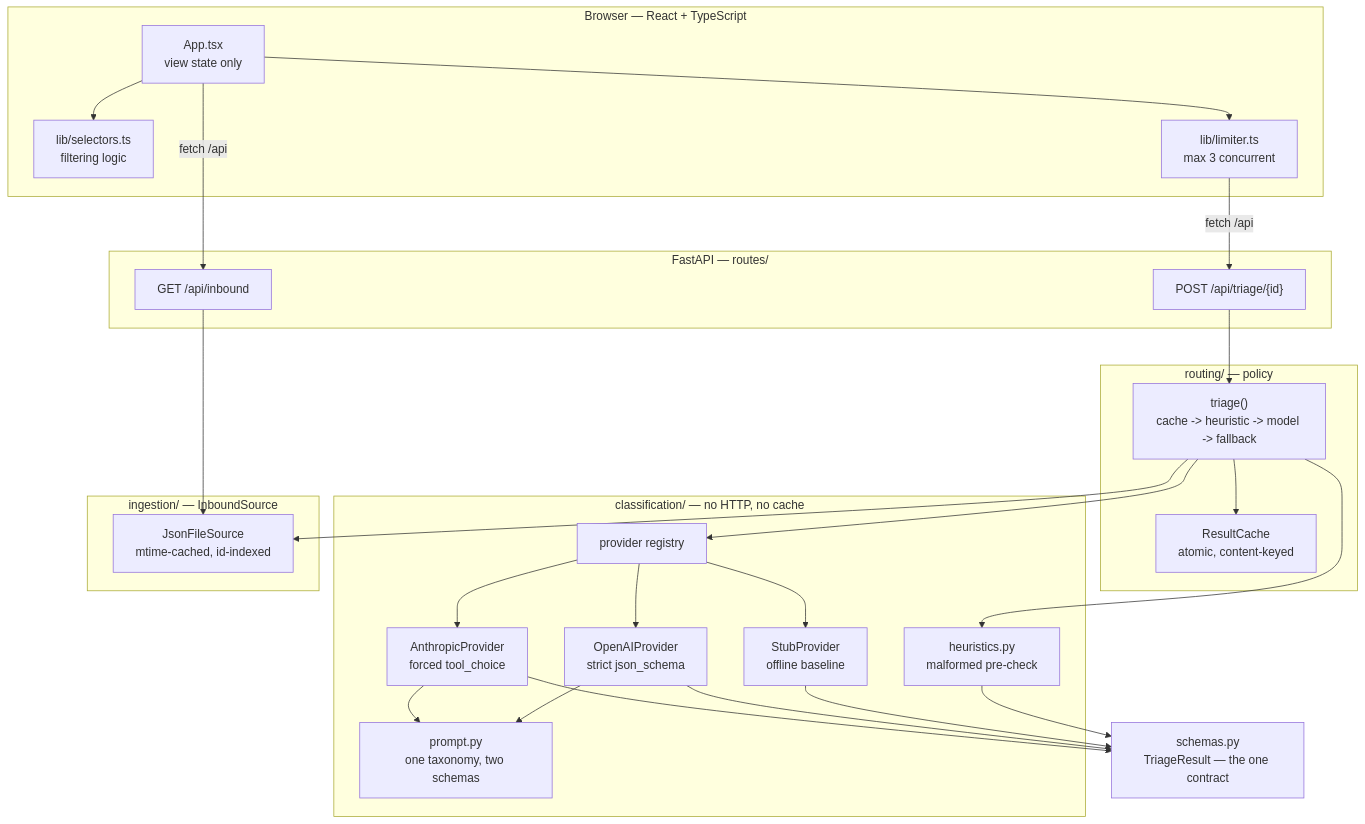
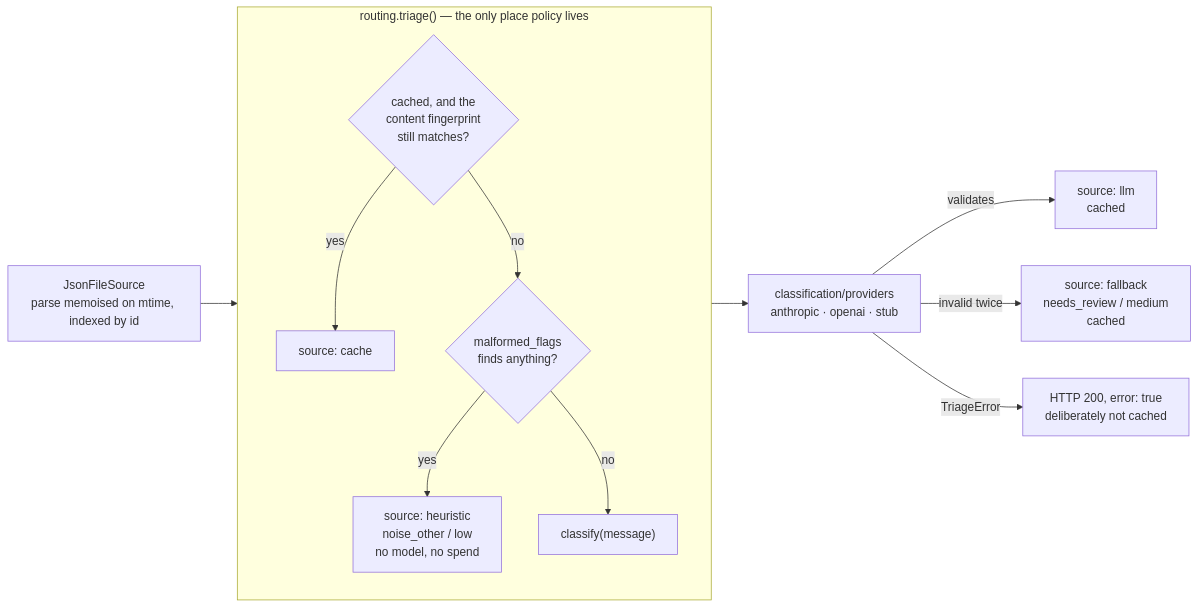
Before and after one commit to TCMS31/inbound-triage-assistant-assessment: the first of 2 diagrams in README.md, drawn with Mermaid. The commit also changed other lines of this file, not shown here.

First line of the commit message:
Rework the README: shorter, and true to the code

````diff
--- a/README.md
+++ b/README.md
@@ -47,53 +78,19 @@
 ```mermaid
-flowchart TB
-    subgraph browser["Browser — React + TypeScript"]
-        App["App.tsx<br/>view state only"]
-        Sel["lib/selectors.ts<br/>filtering logic"]
-        Lim["lib/limiter.ts<br/>max 3 concurrent"]
-        App --> Sel
-        App --> Lim
+flowchart LR
+    Src["JsonFileSource<br/>parse memoised on mtime, indexed by id"] --> Cached
+
+    subgraph policy["routing.triage() — the only place policy lives"]
+        direction TB
+        Cached{"cached, and the<br/>content fingerprint<br/>still matches?"}
+        Flags{"malformed_flags<br/>finds anything?"}
+        Cached -- yes --> Hit["source: cache"]
+        Cached -- no --> Flags
+        Flags -- yes --> Skip["source: heuristic<br/>noise_other / low<br/>no model, no spend"]
+        Flags -- no --> Call["classify(message)"]
     end
 
-    subgraph api["FastAPI — routes/"]
-        R1["GET /api/inbound"]
-        R2["POST /api/triage/{id}"]
-    end
-
-    subgraph routing["routing/ — policy"]
-        Pipe["triage()<br/>cache -> heuristic -> model -> fallback"]
-        Cache["ResultCache<br/>atomic, content-keyed"]
-        Pipe --> Cache
-    end
-
-    subgraph classification["classification/ — no HTTP, no cache"]
-        Heur["heuristics.py<br/>malformed pre-check"]
-        Prompt["prompt.py<br/>one taxonomy, two schemas"]
-        Reg["provider registry"]
-        Anth["AnthropicProvider<br/>forced tool_choice"]
-        OpenAI["OpenAIProvider<br/>strict json_schema"]
-        Stub["StubProvider<br/>offline baseline"]
-        Reg --> Anth
-        Reg --> OpenAI
-        Reg --> Stub
-        Anth --> Prompt
-        OpenAI --> Prompt
-    end
-
-    subgraph ingestion["ingestion/ — InboundSource"]
-        Json["JsonFileSource<br/>mtime-cached, id-indexed"]
-    end
-
-    Schemas["schemas.py<br/>TriageResult — the one contract"]
-
-    Lim -->|fetch /api| R2
-    App -->|fetch /api| R1
-    R1 --> Json
-    R2 --> Pipe
-    Pipe --> Heur
-    Pipe --> Reg
-    Pipe --> Json
-    Anth --> Schemas
-    OpenAI --> Schemas
-    Stub --> Schemas
-    Heur --> Schemas
+    Call --> Prov["classification/providers<br/>anthropic · openai · stub"]
+    Prov -- "validates" --> Ok["source: llm<br/>cached"]
+    Prov -- "invalid twice" --> Fb["source: fallback<br/>needs_review / medium<br/>cached"]
+    Prov -- "TriageError" --> Err["HTTP 200, error: true<br/>deliberately not cached"]
 ```
````
